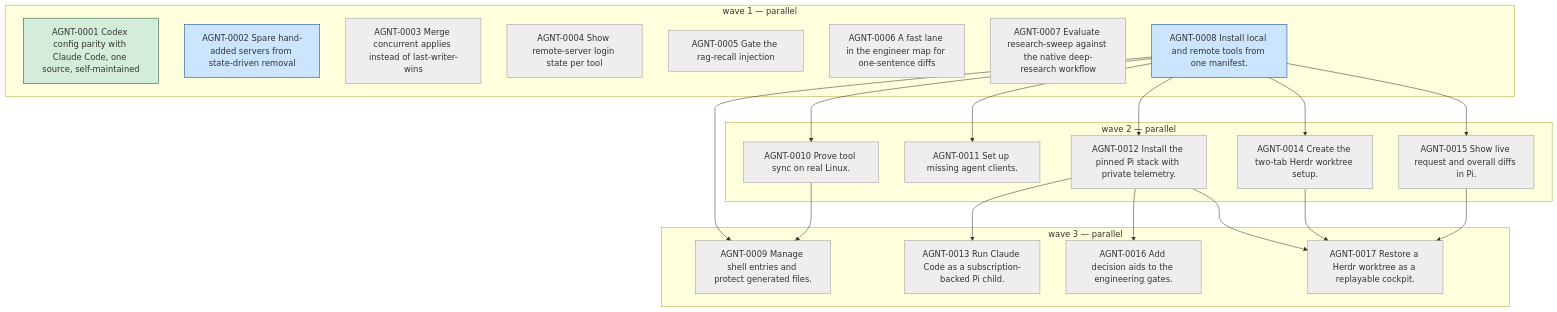
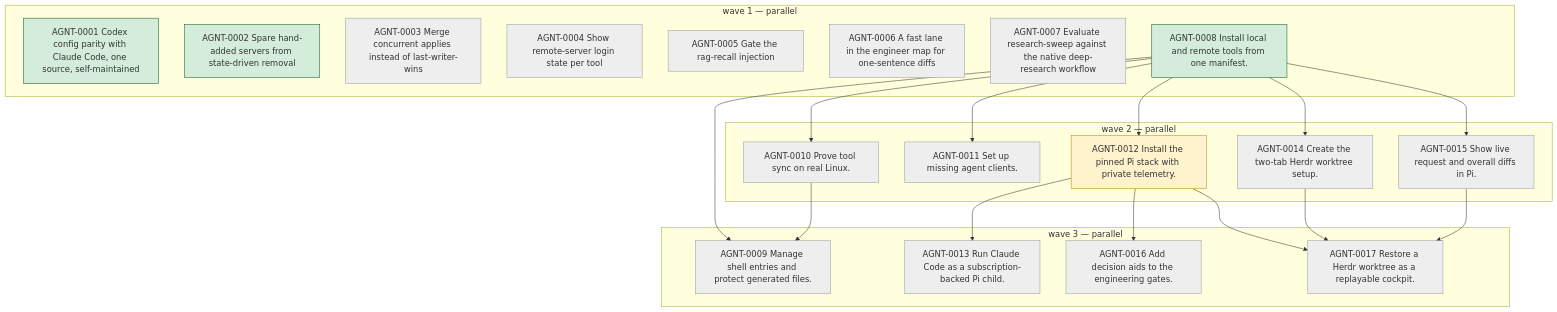
One commit to OwaisQuadri/agents changed the diagram in .map/roadmap.mmd. Above: the diagram before and after it, drawn with Mermaid. The commit also changed 1 other file, not shown here.

Commit message:
map(AGNT-0012): phase 01 setup

```diff
--- a/.map/roadmap.mmd
+++ b/.map/roadmap.mmd
@@ -1,41 +1,41 @@
 flowchart TD
   classDef todo fill:#eeeeee,stroke:#999999
   classDef inprogress fill:#fff3cd,stroke:#b8860b
   classDef resolved fill:#cce5ff,stroke:#004085
   classDef done fill:#d4edda,stroke:#155724
   classDef cancelled fill:#f8d7da,stroke:#721c24,stroke-dasharray: 5 5
   subgraph wave1 ["wave 1 — parallel"]
     AGNT_0001["AGNT-0001 Codex config parity with Claude Code, one source, self-maintained"]:::done
-    AGNT_0002["AGNT-0002 Spare hand-added servers from state-driven removal"]:::resolved
+    AGNT_0002["AGNT-0002 Spare hand-added servers from state-driven removal"]:::done
     AGNT_0003["AGNT-0003 Merge concurrent applies instead of last-writer-wins"]:::todo
     AGNT_0004["AGNT-0004 Show remote-server login state per tool"]:::todo
     AGNT_0005["AGNT-0005 Gate the rag-recall injection"]:::todo
     AGNT_0006["AGNT-0006 A fast lane in the engineer map for one-sentence diffs"]:::todo
     AGNT_0007["AGNT-0007 Evaluate research-sweep against the native deep-research workflow"]:::todo
-    AGNT_0008["AGNT-0008 Install local and remote tools from one manifest."]:::resolved
+    AGNT_0008["AGNT-0008 Install local and remote tools from one manifest."]:::done
   end
   subgraph wave2 ["wave 2 — parallel"]
     AGNT_0010["AGNT-0010 Prove tool sync on real Linux."]:::todo
     AGNT_0011["AGNT-0011 Set up missing agent clients."]:::todo
-    AGNT_0012["AGNT-0012 Install the pinned Pi stack with private telemetry."]:::todo
+    AGNT_0012["AGNT-0012 Install the pinned Pi stack with private telemetry."]:::inprogress
     AGNT_0014["AGNT-0014 Create the two-tab Herdr worktree setup."]:::todo
     AGNT_0015["AGNT-0015 Show live request and overall diffs in Pi."]:::todo
   end
   subgraph wave3 ["wave 3 — parallel"]
     AGNT_0009["AGNT-0009 Manage shell entries and protect generated files."]:::todo
     AGNT_0013["AGNT-0013 Run Claude Code as a subscription-backed Pi child."]:::todo
     AGNT_0016["AGNT-0016 Add decision aids to the engineering gates."]:::todo
     AGNT_0017["AGNT-0017 Restore a Herdr worktree as a replayable cockpit."]:::todo
   end
   AGNT_0008 --> AGNT_0009
   AGNT_0010 --> AGNT_0009
   AGNT_0008 --> AGNT_0010
   AGNT_0008 --> AGNT_0011
   AGNT_0008 --> AGNT_0012
   AGNT_0012 --> AGNT_0013
   AGNT_0008 --> AGNT_0014
   AGNT_0008 --> AGNT_0015
   AGNT_0012 --> AGNT_0016
   AGNT_0012 --> AGNT_0017
   AGNT_0014 --> AGNT_0017
   AGNT_0015 --> AGNT_0017
```
